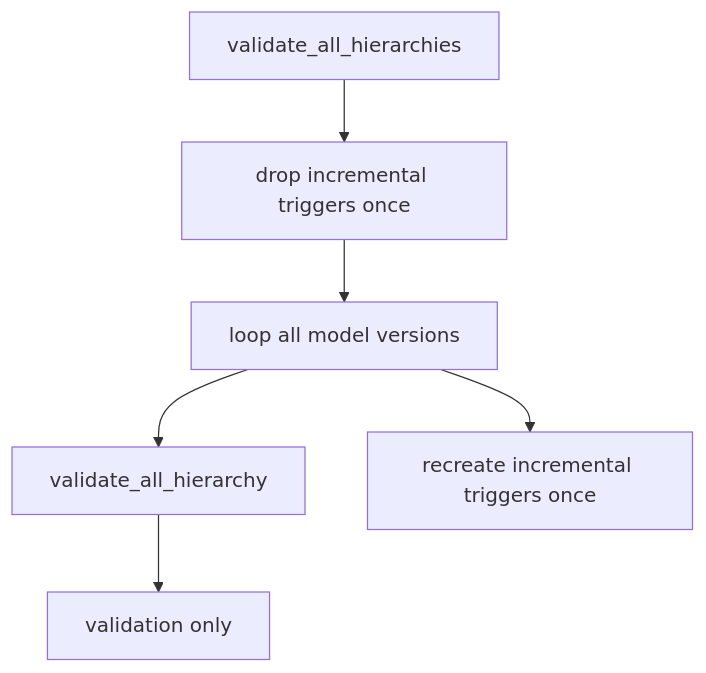
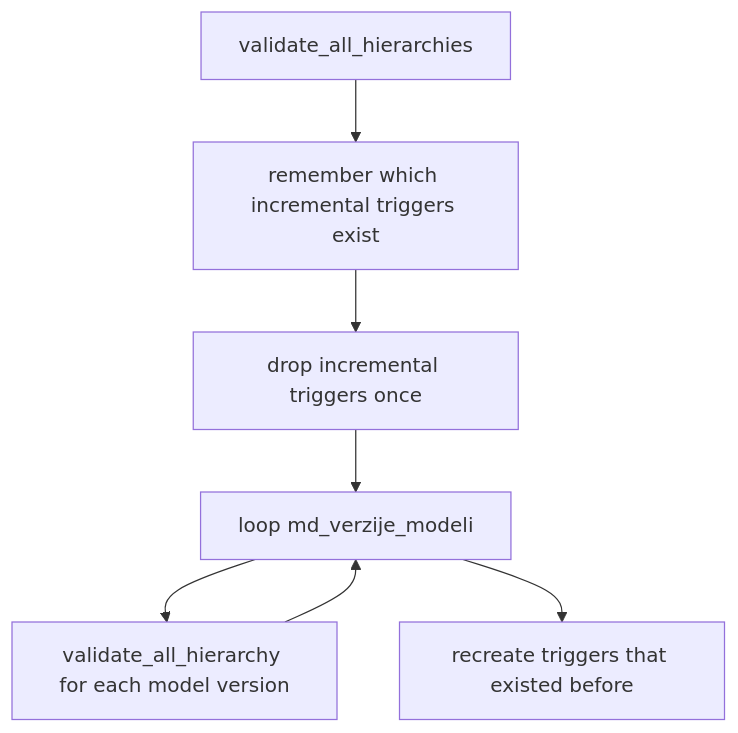
Before and after one commit to MatevzVidovic/GeomIntegrity: the seventh of 8 diagrams in docs.md, drawn with Mermaid. The commit also changed other lines of this file and 7 other files, not shown here.

````diff
--- a/docs.md
+++ b/docs.md
@@ -44,8 +171,16 @@
 ```mermaid
 flowchart TD
-    A["validate_all_hierarchies"] --> B["drop incremental triggers once"]
-    B --> C["loop all model versions"]
-    C --> D["validate_all_hierarchy"]
-    D --> E["validation only"]
-    C --> F["recreate incremental triggers once"]
+    A["validate_all_hierarchies"]
+    B["remember which incremental triggers exist"]
+    C["drop incremental triggers once"]
+    D["loop md_verzije_modeli"]
+    E["validate_all_hierarchy for each model version"]
+    F["recreate triggers that existed before"]
+
+    A --> B
+    B --> C
+    C --> D
+    D --> E
+    E --> D
+    D --> F
 ```
````
